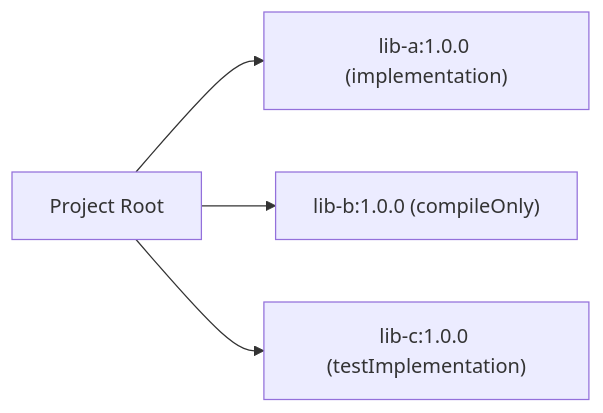
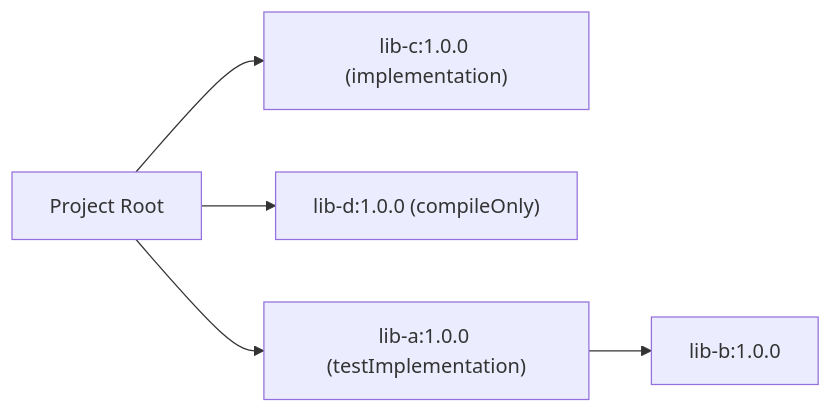
One commit to JavaDependencyHell/fieldguide changed the diagram in demos/gradle-demo/scenario-7-scopes/guide.qmd. Above: the diagram before and after it, drawn with Mermaid. The commit also changed other lines of this file and 208 other files, not shown here.

````diff
--- a/demos/gradle-demo/scenario-7-scopes/guide.qmd
+++ b/demos/gradle-demo/scenario-7-scopes/guide.qmd
@@ -19,7 +20,8 @@
 ```{mermaid}
 %%| fig-width: 4.4
 graph LR
-    Root[Project Root] --> LibA["lib-a:1.0.0 (implementation)"]
-    Root --> LibB["lib-b:1.0.0 (compileOnly)"]
-    Root --> LibC["lib-c:1.0.0 (testImplementation)"]
+    Root[Project Root] --> LibC["lib-c:1.0.0 (implementation)"]
+    Root --> LibD["lib-d:1.0.0 (compileOnly)"]
+    Root --> LibA["lib-a:1.0.0 (testImplementation)"]
+    LibA --> LibB[lib-b:1.0.0]
 ```
````
